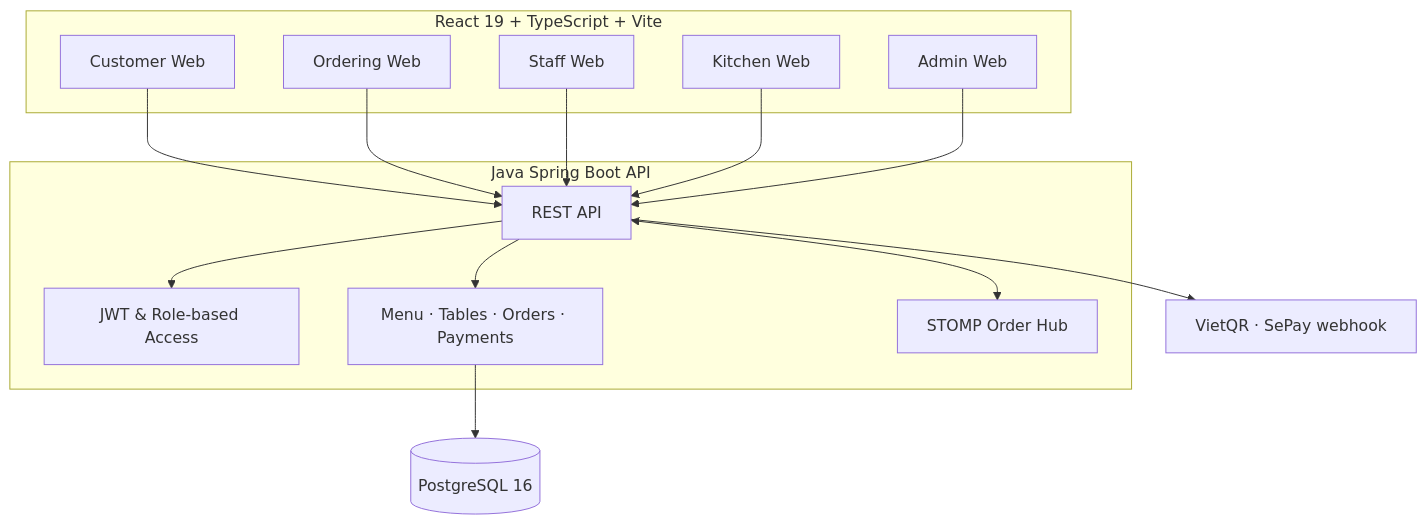
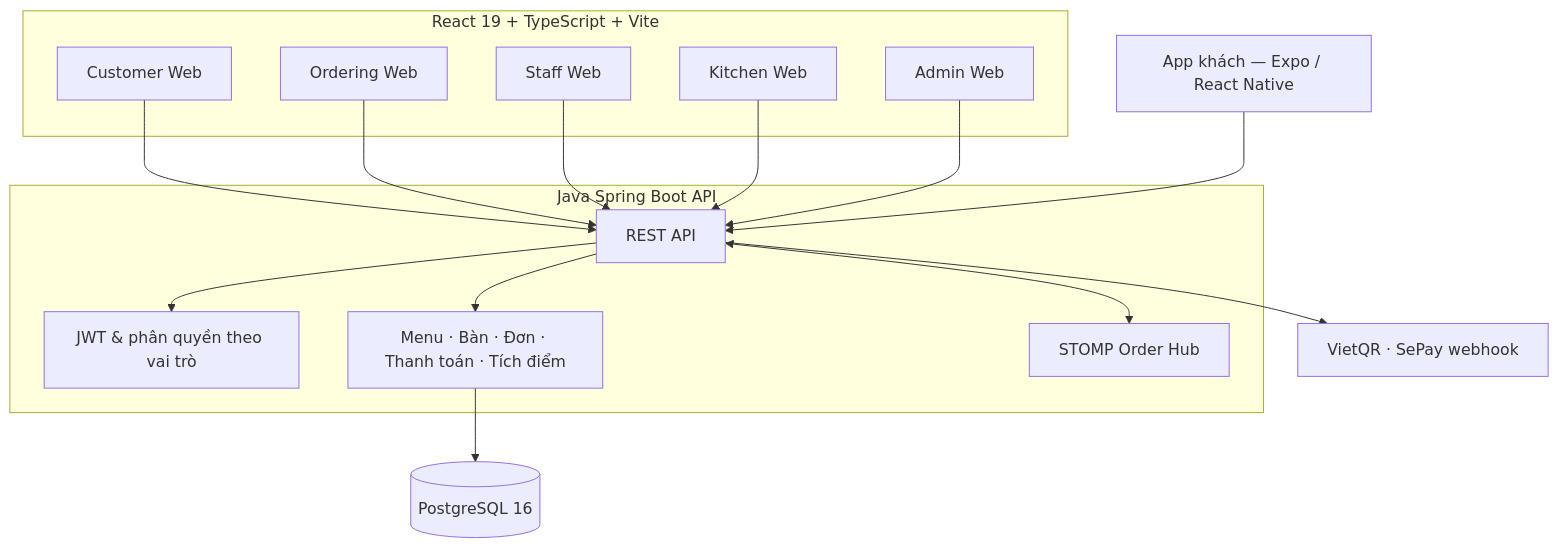
The second of 2 diagrams in README.md (Anpham120/restaurant-qr-ai-ordering-mobile), drawn with Mermaid before and after one commit. The commit also changed other lines of this file and 85 other files, not shown here.

````diff
--- a/README.md
+++ b/README.md
@@ -89,29 +96,32 @@
 ```mermaid
 flowchart TB
   subgraph Clients["React 19 + TypeScript + Vite"]
     Customer["Customer Web"]
     Ordering["Ordering Web"]
     Staff["Staff Web"]
     Kitchen["Kitchen Web"]
     Admin["Admin Web"]
   end
 
+  Mobile["App khách — Expo / React Native"]
+
   Customer --> API
   Ordering --> API
   Staff --> API
   Kitchen --> API
   Admin --> API
+  Mobile --> API
 
   subgraph Backend["Java Spring Boot API"]
     API["REST API"]
-    Auth["JWT & Role-based Access"]
-    Orders["Menu · Tables · Orders · Payments"]
+    Auth["JWT & phân quyền theo vai trò"]
+    Orders["Menu · Bàn · Đơn · Thanh toán · Tích điểm"]
     Hub["STOMP Order Hub"]
   end
 
   API --> Auth
   API --> Orders
   API <--> Hub
   Orders --> DB[("PostgreSQL 16")]
   API --> Pay["VietQR · SePay webhook"]
 ```
````
